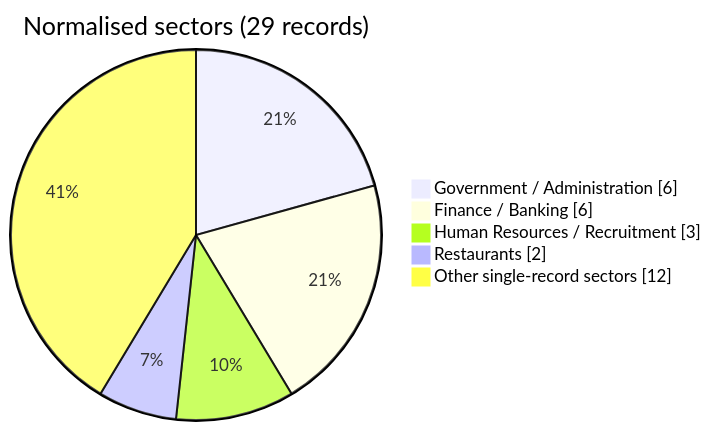
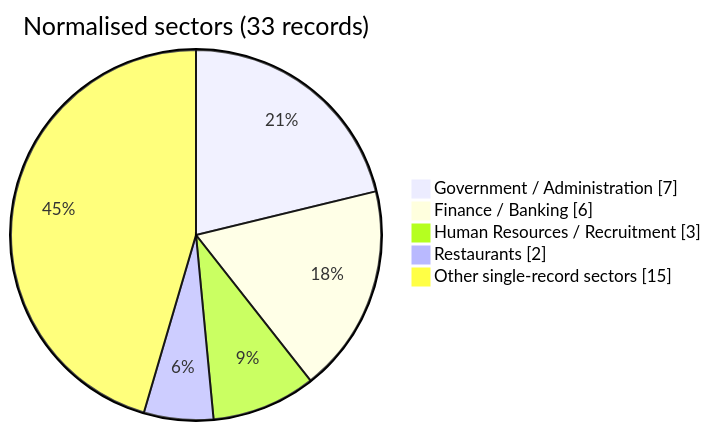
The diagram in visual-intelligence/08-august/sector-map_august_2026.md (Hatchepsoute/AFRINTEL), drawn with Mermaid before and after one commit. The commit also changed other lines of this file and 401 other files, not shown here.

````diff
--- a/visual-intelligence/08-august/sector-map_august_2026.md
+++ b/visual-intelligence/08-august/sector-map_august_2026.md
@@ -3,9 +3,9 @@
 ```mermaid
 pie showData
-    title Normalised sectors (29 records)
-    "Government / Administration" : 6
+    title Normalised sectors (33 records)
+    "Government / Administration" : 7
     "Finance / Banking" : 6
     "Human Resources / Recruitment" : 3
     "Restaurants" : 2
-    "Other single-record sectors" : 12
+    "Other single-record sectors" : 15
 ```
````
